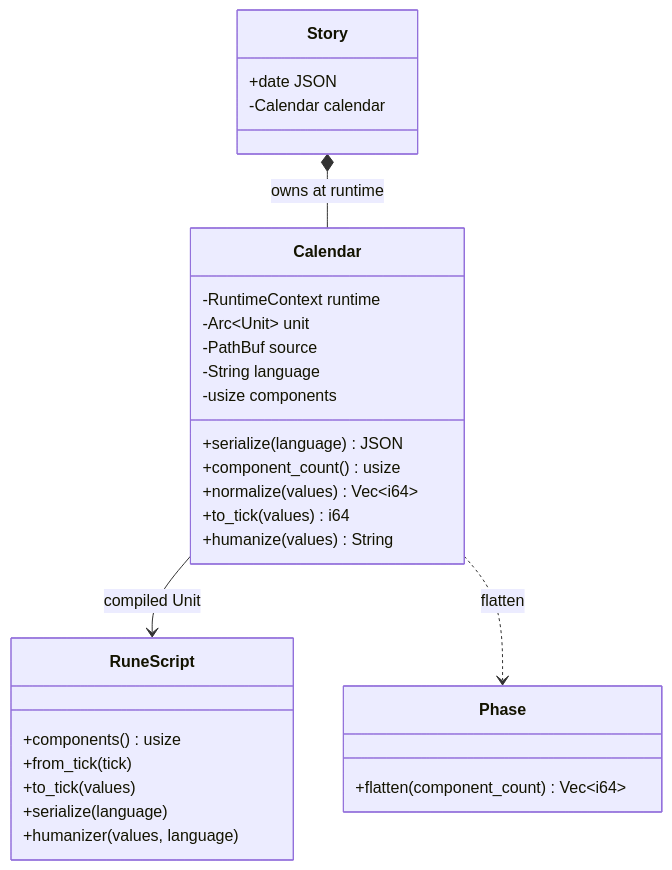
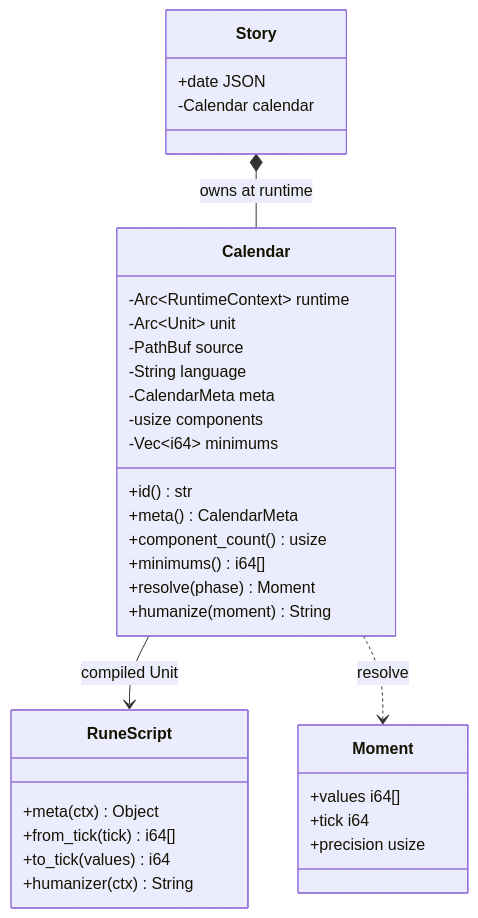
Before and after one commit to asinkLuno/weft: the first of 2 diagrams in docs/src/design/calendar.md, drawn with Mermaid. The commit also changed other lines of this file and 21 other files, not shown here.

First line of the commit message:
feat(calendar): 历法 meta 接口与 Moment 精度模型，加固文档监听

````diff
--- a/docs/src/design/calendar.md
+++ b/docs/src/design/calendar.md
@@ -5,32 +5,36 @@
 ```mermaid
 classDiagram
     class Story {
         +date JSON
         -Calendar calendar
     }
     class Calendar {
-        -RuntimeContext runtime
+        -Arc~RuntimeContext~ runtime
         -Arc~Unit~ unit
         -PathBuf source
         -String language
+        -CalendarMeta meta
         -usize components
-        +serialize(language) JSON
+        -Vec~i64~ minimums
+        +id() str
+        +meta() CalendarMeta
         +component_count() usize
-        +normalize(values) Vec~i64~
-        +to_tick(values) i64
-        +humanize(values) String
+        +minimums() i64[]
+        +resolve(phase) Moment
+        +humanize(moment) String
     }
-    class Phase {
-        +flatten(component_count) Vec~i64~
+    class Moment {
+        +values i64[]
+        +tick i64
+        +precision usize
     }
     class RuneScript {
-        +components() usize
-        +from_tick(tick)
-        +to_tick(values)
-        +serialize(language)
-        +humanizer(values, language)
+        +meta(ctx) Object
+        +from_tick(tick) i64[]
+        +to_tick(values) i64
+        +humanizer(ctx) String
     }
     Story *-- Calendar : owns at runtime
     Calendar --> RuneScript : compiled Unit
-    Calendar ..> Phase : flatten
+    Calendar ..> Moment : resolve
 ```
````
